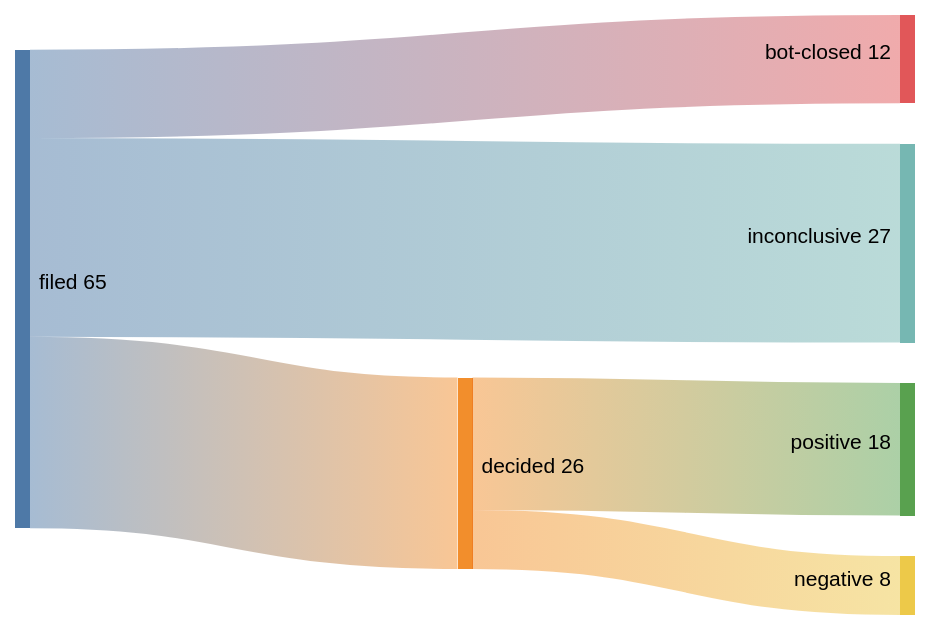
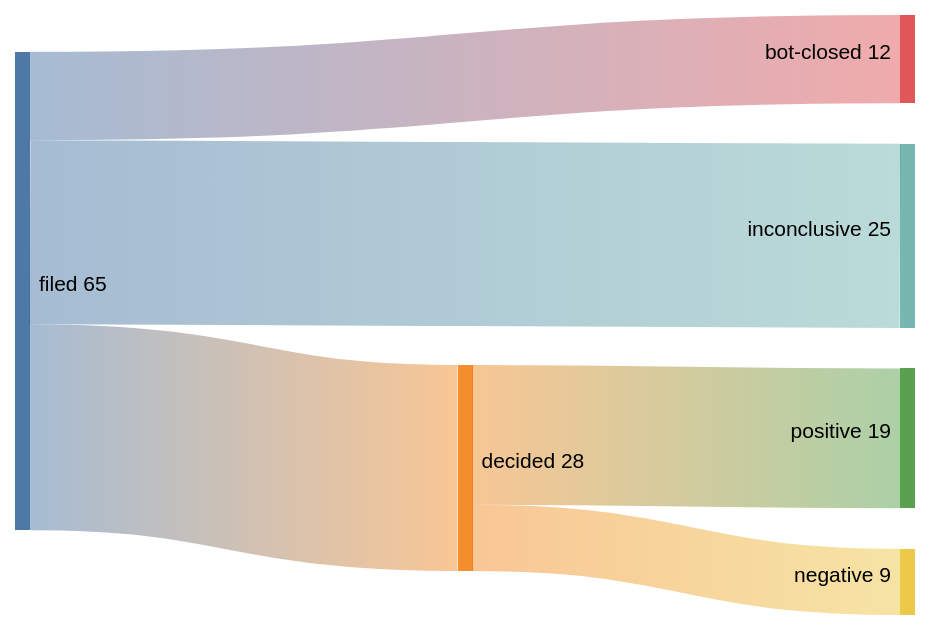
One commit to kimjune01/kimjune01 changed the third of 3 diagrams in README.md. Above: the diagram before and after it, drawn with Mermaid (forest theme). The commit also changed other lines of this file, not shown here.

````diff
--- a/README.md
+++ b/README.md
@@ -44,8 +43,8 @@
 ```mermaid
 sankey-beta
-    filed,    decided,      26
+    filed,    decided,      28
     filed,    bot-closed,   12
-    filed,    inconclusive, 27
-    decided,  positive,     18
-    decided,  negative,     8
+    filed,    inconclusive, 25
+    decided,  positive,     19
+    decided,  negative,     9
 ```
````
